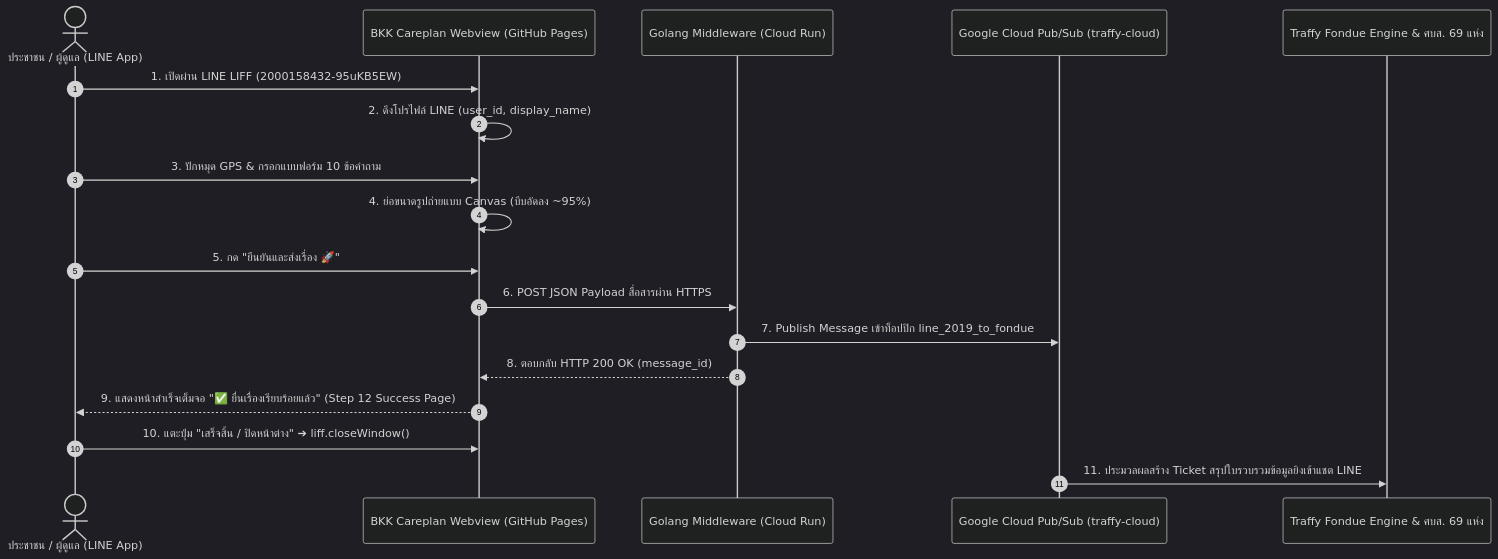
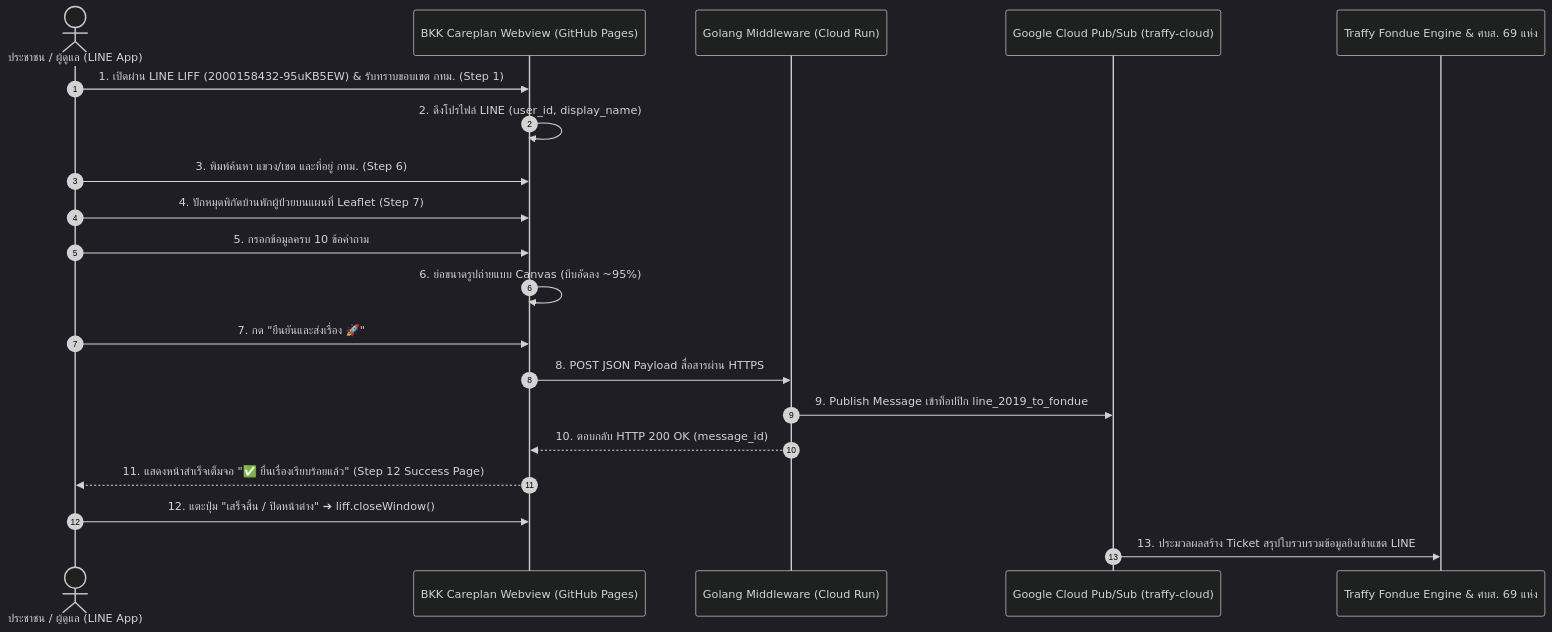
One commit to traffy-nectec/bkk-careplan changed the diagram in HANDOFF.md. Above: the diagram before and after it, drawn with Mermaid (dark theme). The commit also changed other lines of this file and 7 other files, not shown here.

Commit message:
feat(liff): optimize UX flow with BKK notice, reordered address/map steps, and clear patient home pin instructions

````diff
--- a/HANDOFF.md
+++ b/HANDOFF.md
@@ -40,21 +41,23 @@
 ```mermaid
 sequenceDiagram
     autonumber
     actor User as ประชาชน / ผู้ดูแล (LINE App)
     participant LIFF as BKK Careplan Webview (GitHub Pages)
     participant Gateway as Golang Middleware (Cloud Run)
     participant PubSub as Google Cloud Pub/Sub (traffy-cloud)
     participant Fondue as Traffy Fondue Engine & ศบส. 69 แห่ง
 
-    User->>LIFF: 1. เปิดผ่าน LINE LIFF (2000158432-95uKB5EW)
+    User->>LIFF: 1. เปิดผ่าน LINE LIFF (2000158432-95uKB5EW) & รับทราบขอบเขต กทม. (Step 1)
     LIFF->>LIFF: 2. ดึงโปรไฟล์ LINE (user_id, display_name)
-    User->>LIFF: 3. ปักหมุด GPS & กรอกแบบฟอร์ม 10 ข้อคำถาม
-    LIFF->>LIFF: 4. ย่อขนาดรูปถ่ายแบบ Canvas (บีบอัดลง ~95%)
-    User->>LIFF: 5. กด "ยืนยันและส่งเรื่อง 🚀"
-    LIFF->>Gateway: 6. POST JSON Payload สื่อสารผ่าน HTTPS
-    Gateway->>PubSub: 7. Publish Message เข้าท็อปปิก line_2019_to_fondue
-    Gateway-->>LIFF: 8. ตอบกลับ HTTP 200 OK (message_id)
-    LIFF-->>User: 9. แสดงหน้าสำเร็จเต็มจอ "✅ ยื่นเรื่องเรียบร้อยแล้ว" (Step 12 Success Page)
-    User->>LIFF: 10. แตะปุ่ม "เสร็จสิ้น / ปิดหน้าต่าง" ➔ liff.closeWindow()
-    PubSub->>Fondue: 11. ประมวลผลสร้าง Ticket สรุปใบรวบรวมข้อมูลยิงเข้าแชต LINE
+    User->>LIFF: 3. พิมพ์ค้นหา แขวง/เขต และที่อยู่ กทม. (Step 6)
+    User->>LIFF: 4. ปักหมุดพิกัดบ้านพักผู้ป่วยบนแผนที่ Leaflet (Step 7)
+    User->>LIFF: 5. กรอกข้อมูลครบ 10 ข้อคำถาม
+    LIFF->>LIFF: 6. ย่อขนาดรูปถ่ายแบบ Canvas (บีบอัดลง ~95%)
+    User->>LIFF: 7. กด "ยืนยันและส่งเรื่อง 🚀"
+    LIFF->>Gateway: 8. POST JSON Payload สื่อสารผ่าน HTTPS
+    Gateway->>PubSub: 9. Publish Message เข้าท็อปปิก line_2019_to_fondue
+    Gateway-->>LIFF: 10. ตอบกลับ HTTP 200 OK (message_id)
+    LIFF-->>User: 11. แสดงหน้าสำเร็จเต็มจอ "✅ ยื่นเรื่องเรียบร้อยแล้ว" (Step 12 Success Page)
+    User->>LIFF: 12. แตะปุ่ม "เสร็จสิ้น / ปิดหน้าต่าง" ➔ liff.closeWindow()
+    PubSub->>Fondue: 13. ประมวลผลสร้าง Ticket สรุปใบรวบรวมข้อมูลยิงเข้าแชต LINE
 ```
````
